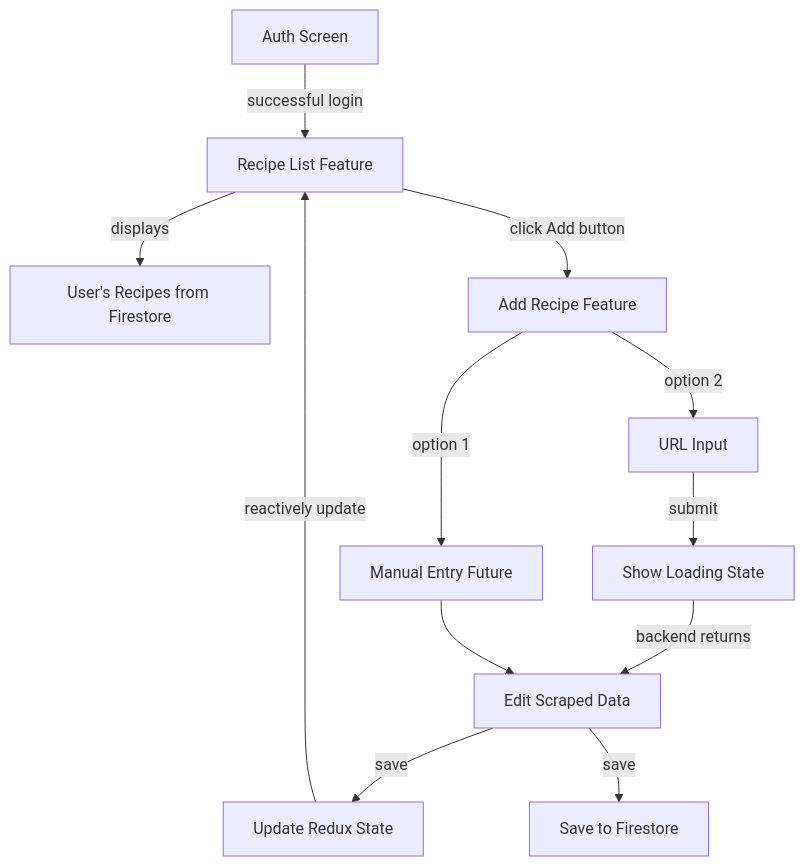
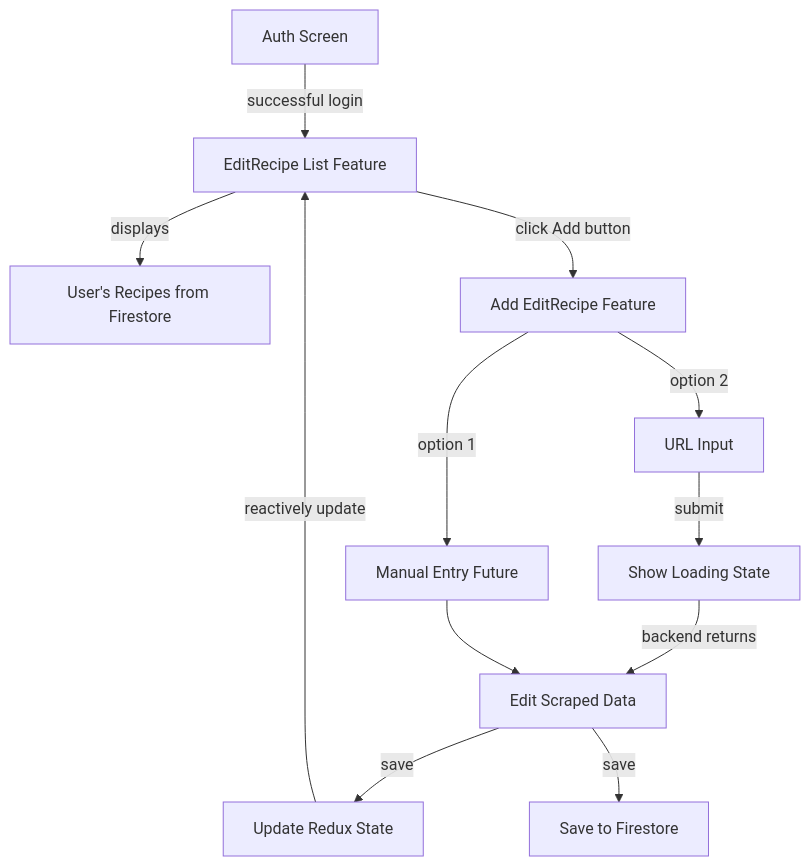
The second of 2 diagrams in PROJECT_PLAN.md (btdrucker/lists), drawn with Mermaid before and after one commit. The commit also changed other lines of this file and 31 other files, not shown here.

````diff
--- a/PROJECT_PLAN.md
+++ b/PROJECT_PLAN.md
@@ -69,14 +69,14 @@
 ```mermaid
 flowchart TD
-    Login[Auth Screen] -->|successful login| RecipeList[Recipe List Feature]
+    Login[Auth Screen] -->|successful login| RecipeList[EditRecipe List Feature]
     RecipeList -->|displays| Recipes[User's Recipes from Firestore]
-    RecipeList -->|"click Add button"| AddRecipe[Add Recipe Feature]
+    RecipeList -->|"click Add button"| AddRecipe[Add EditRecipe Feature]
     AddRecipe -->|option 1| ManualEntry[Manual Entry Future]
     AddRecipe -->|option 2| URLInput[URL Input]
     URLInput -->|submit| ShowProgress[Show Loading State]
     ShowProgress -->|backend returns| EditForm[Edit Scraped Data]
     ManualEntry --> EditForm
     EditForm -->|save| UpdateRedux[Update Redux State]
     UpdateRedux -->|reactively update| RecipeList
     EditForm -->|save| SaveFirestore[Save to Firestore]
 ```
````
